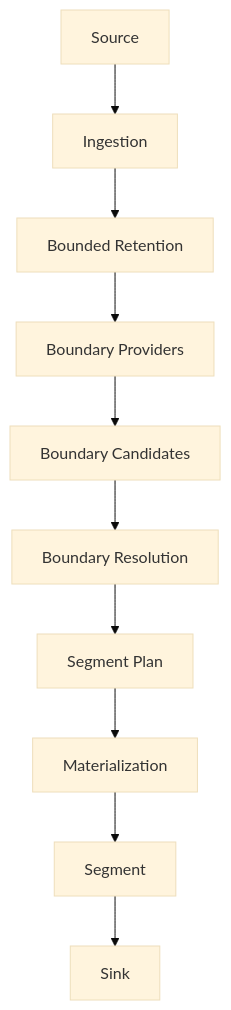
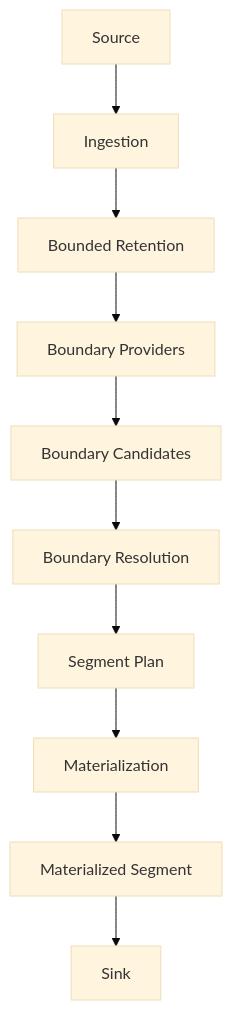
The first of 9 diagrams in docs/architecture.md (pitill0/brynse), drawn with Mermaid (base theme) before and after one commit. The commit also changed other lines of this file and 6 other files, not shown here.

````diff
--- a/docs/architecture.md
+++ b/docs/architecture.md
@@ -36,12 +36,12 @@
 ```mermaid
 flowchart TD
     A[Source] --> B[Ingestion]
     B --> C[Bounded Retention]
     C --> D[Boundary Providers]
     D --> E[Boundary Candidates]
     E --> F[Boundary Resolution]
     F --> G[Segment Plan]
     G --> H[Materialization]
-    H --> I[Segment]
+    H --> I[Materialized Segment]
     I --> J[Sink]
 ```
````
